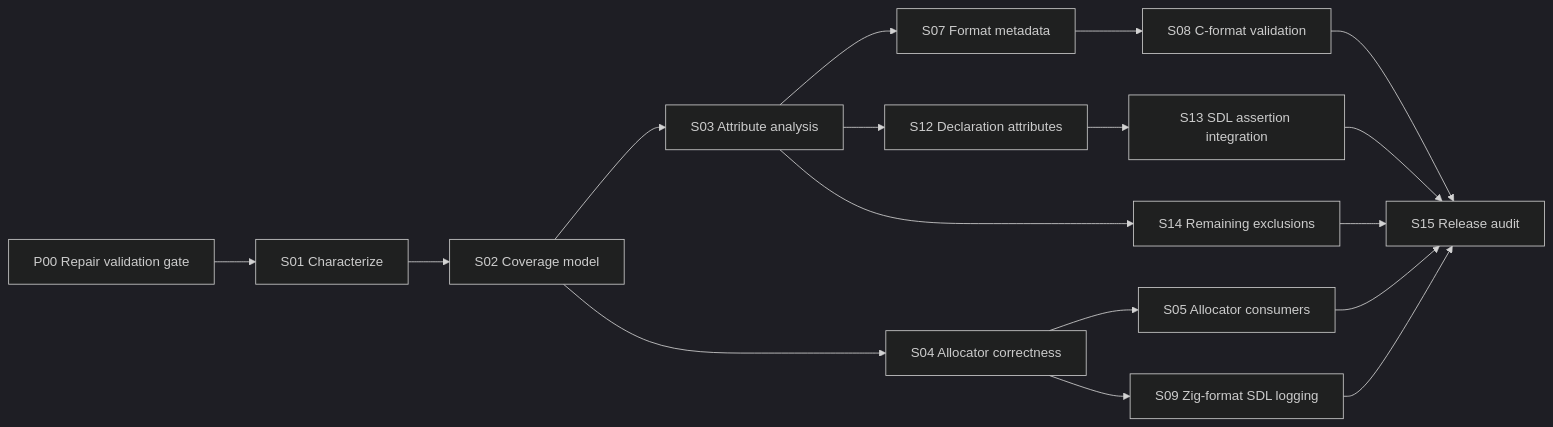
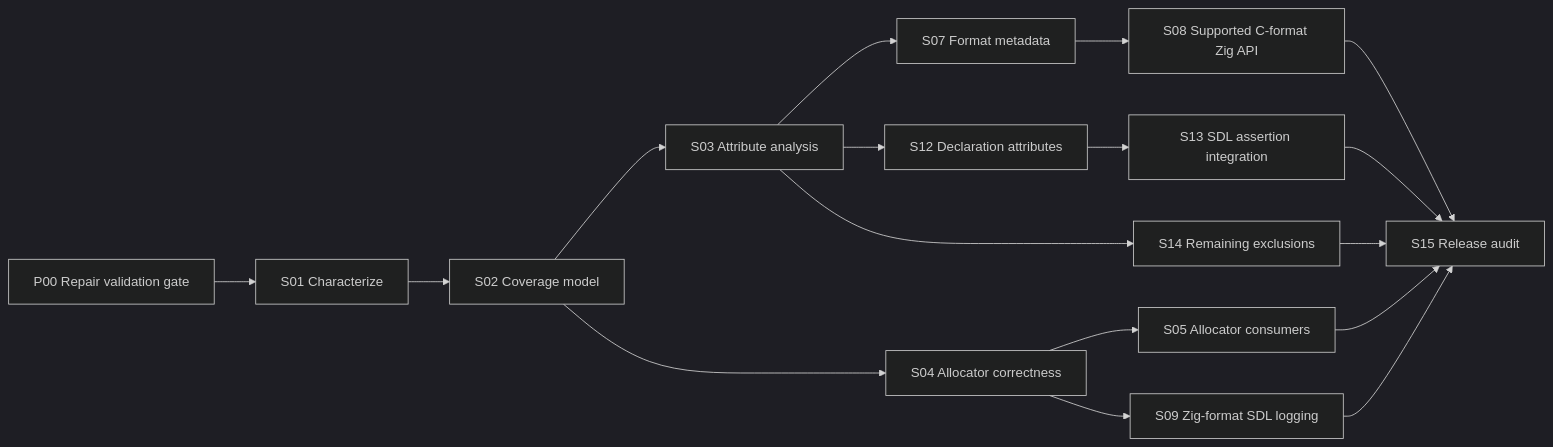
The diagram in REPORT.md (kxress/sdl3-zig), drawn with Mermaid (dark theme) before and after one commit. The commit also changed other lines of this file, not shown here.

Commit message:
Clarify revalidated roadmap scope for C-format APIs, SDL logging, and assertions

````diff
--- a/REPORT.md
+++ b/REPORT.md
@@ -850,19 +883,19 @@
 ```mermaid
 flowchart LR
     P00["P00 Repair validation gate"] --> S01["S01 Characterize"]
     S01 --> S02["S02 Coverage model"]
     S02 --> S03["S03 Attribute analysis"]
     S02 --> S04["S04 Allocator correctness"]
     S04 --> S05["S05 Allocator consumers"]
     S04 --> S09["S09 Zig-format SDL logging"]
     S03 --> S07["S07 Format metadata"]
-    S07 --> S08["S08 C-format validation"]
+    S07 --> S08["S08 Supported C-format Zig API"]
     S03 --> S12["S12 Declaration attributes"]
     S12 --> S13["S13 SDL assertion integration"]
     S03 --> S14["S14 Remaining exclusions"]
     S05 --> S15["S15 Release audit"]
     S08 --> S15
     S09 --> S15
     S13 --> S15
     S14 --> S15
 ```
````
